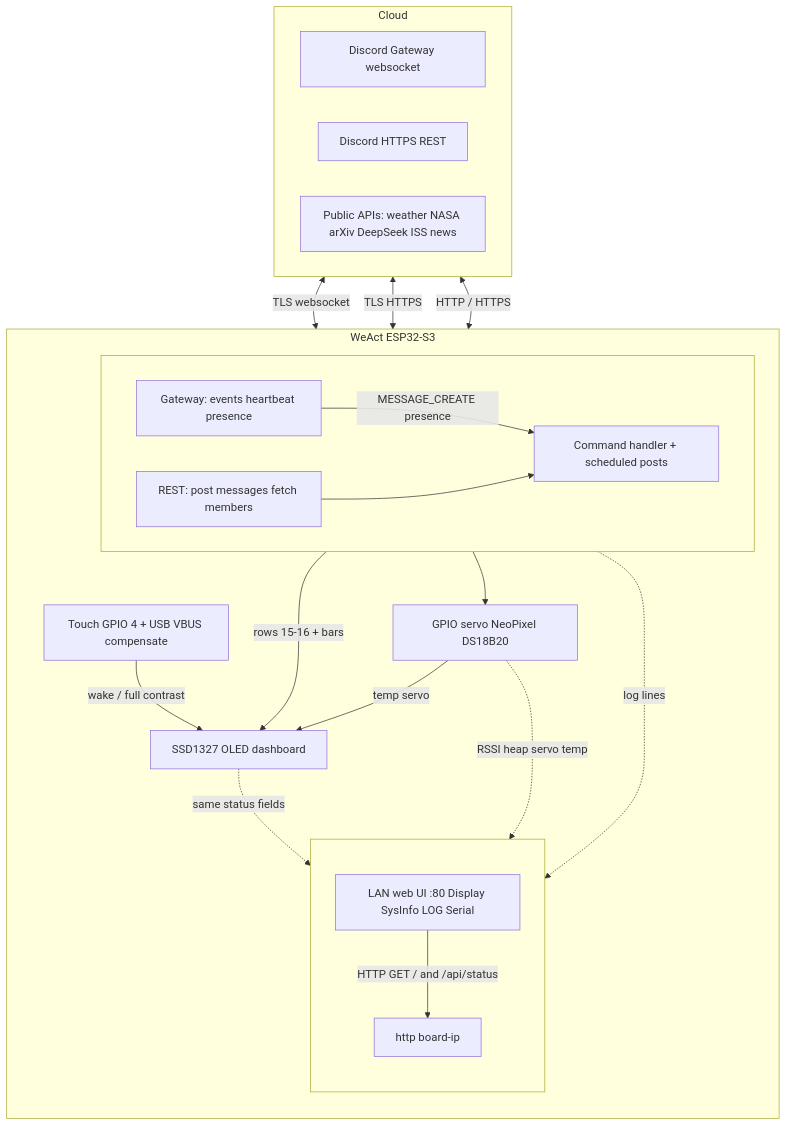
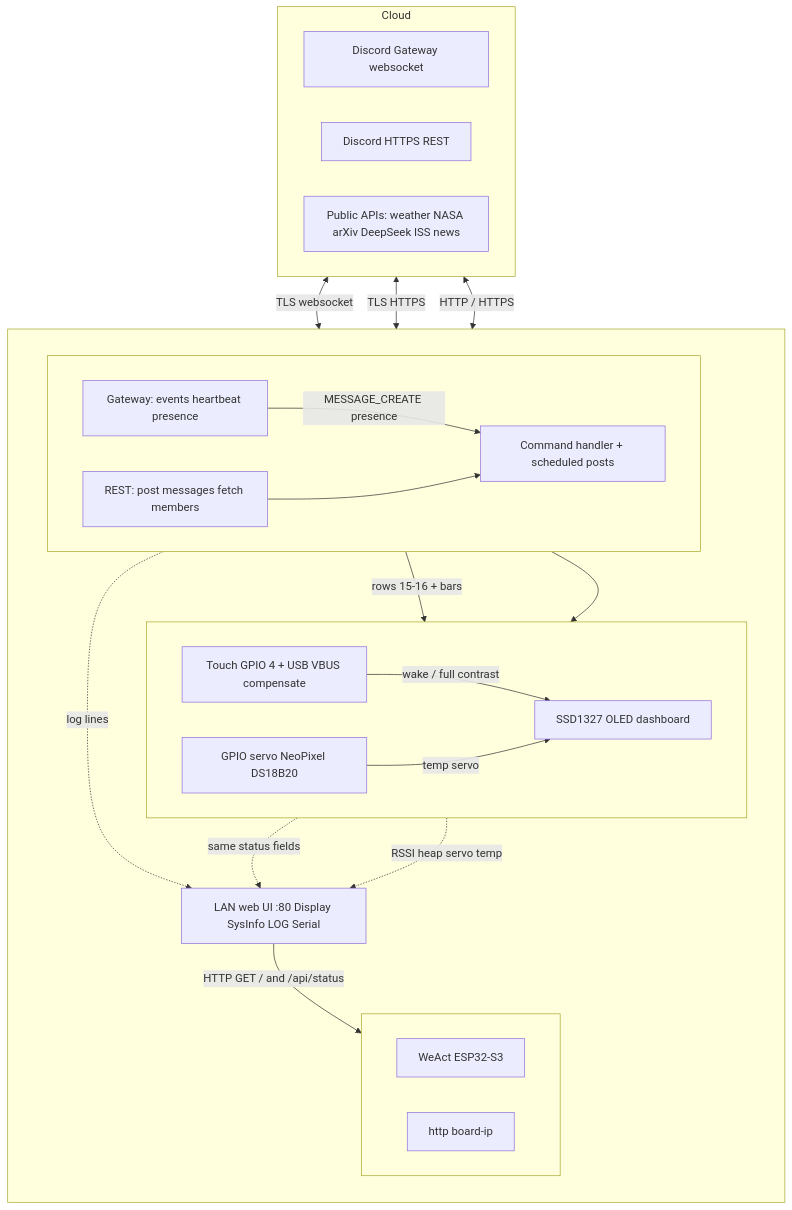
Before and after one commit to K9DTV/minime-esp32-discord-bot: the diagram in README.md, drawn with Mermaid.

Commit message:
Move WeAct under OLED in flowchart, align with http board-ip.

````diff
--- a/README.md
+++ b/README.md
@@ -89,41 +89,46 @@
 ```mermaid
 flowchart TB
   subgraph cloud [Cloud]
     direction LR
     DG[Discord Gateway websocket]
     DR[Discord HTTPS REST]
     EXT[Public APIs: weather NASA arXiv DeepSeek ISS news]
   end
 
-  subgraph board [WeAct ESP32-S3]
+  subgraph board [" "]
     direction TB
     subgraph mid [ ]
       direction LR
       GW[Gateway: events heartbeat presence]
       REST[REST: post messages fetch members]
       CMD[Command handler + scheduled posts]
     end
-    OLED[SSD1327 OLED dashboard]
-    TOUCH[Touch GPIO 4 + USB VBUS compensate]
-    IO[GPIO servo NeoPixel DS18B20]
-    subgraph webui [ ]
-      direction TB
-      WEB[LAN web UI :80 Display SysInfo LOG Serial]
+    subgraph hw [ ]
+      direction LR
+      OLED[SSD1327 OLED dashboard]
+      TOUCH[Touch GPIO 4 + USB VBUS compensate]
+      IO[GPIO servo NeoPixel DS18B20]
+    end
+    WEB[LAN web UI :80 Display SysInfo LOG Serial]
+    subgraph foot [ ]
+      direction LR
+      WEACT[WeAct ESP32-S3]
       BR[http board-ip]
-      WEB -->|HTTP GET / and /api/status| BR
     end
+    WEB -->|HTTP GET / and /api/status| BR
   end
 
   DG <-->|TLS websocket| GW
   DR <-->|TLS HTTPS| REST
   EXT <-->|HTTP / HTTPS| REST
   GW -->|MESSAGE_CREATE presence| CMD
   REST --> CMD
   CMD -->|rows 15-16 + bars| OLED
   TOUCH -->|wake / full contrast| OLED
   CMD --> IO
   IO -->|temp servo| OLED
   OLED -.->|same status fields| WEB
   IO -.->|RSSI heap servo temp| WEB
   GW -.->|log lines| WEB
+  OLED ~~~ WEACT
 ```
````
